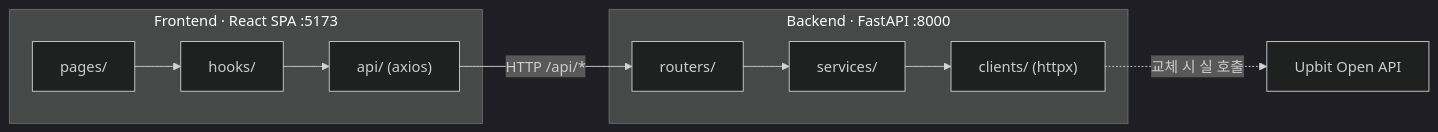
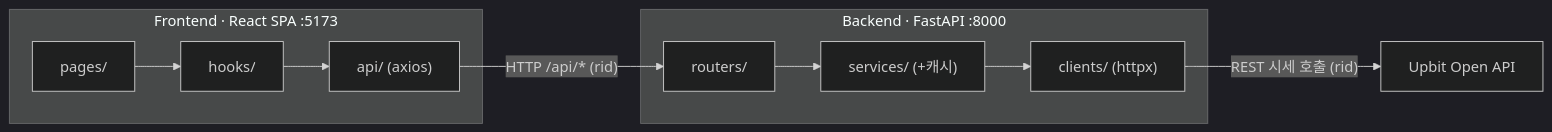
The diagram in README.md (rlatkd/up-quant), drawn with Mermaid (dark theme) before and after one commit. The commit also changed other lines of this file and 13 other files, not shown here.

````diff
--- a/README.md
+++ b/README.md
@@ -75,11 +78,11 @@
 ```mermaid
 flowchart LR
     subgraph FE["Frontend · React SPA :5173"]
         pages["pages/"] --> hooks["hooks/"] --> apicall["api/ (axios)"]
     end
     subgraph BE["Backend · FastAPI :8000"]
-        routers["routers/"] --> services["services/"] --> clients["clients/ (httpx)"]
+        routers["routers/"] --> services["services/ (+캐시)"] --> clients["clients/ (httpx)"]
     end
-    apicall -- "HTTP /api/*" --> routers
-    clients -. "교체 시 실 호출" .-> upbit["Upbit Open API"]
+    apicall -- "HTTP /api/* (rid)" --> routers
+    clients -- "REST 시세 호출 (rid)" --> upbit["Upbit Open API"]
 ```
````
